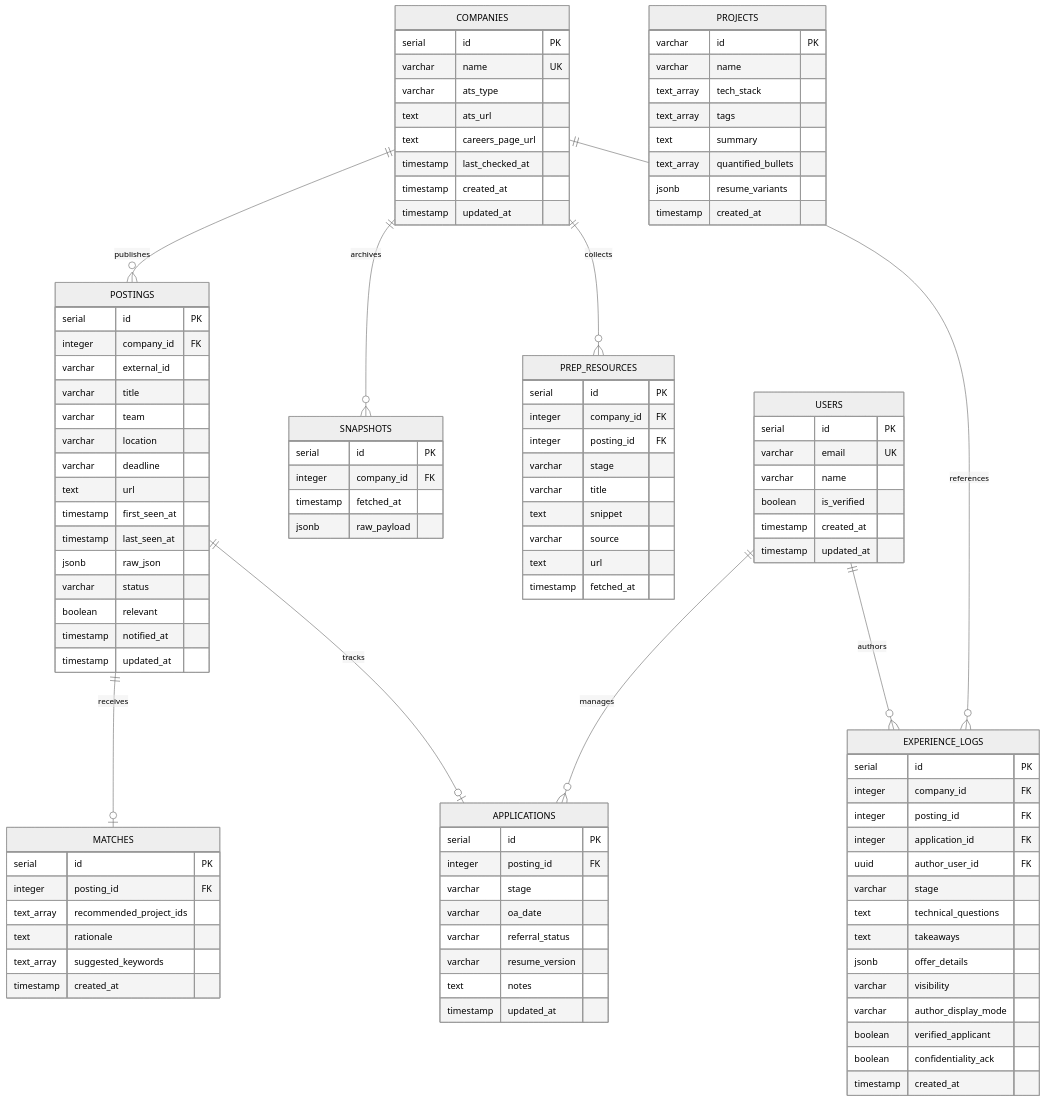
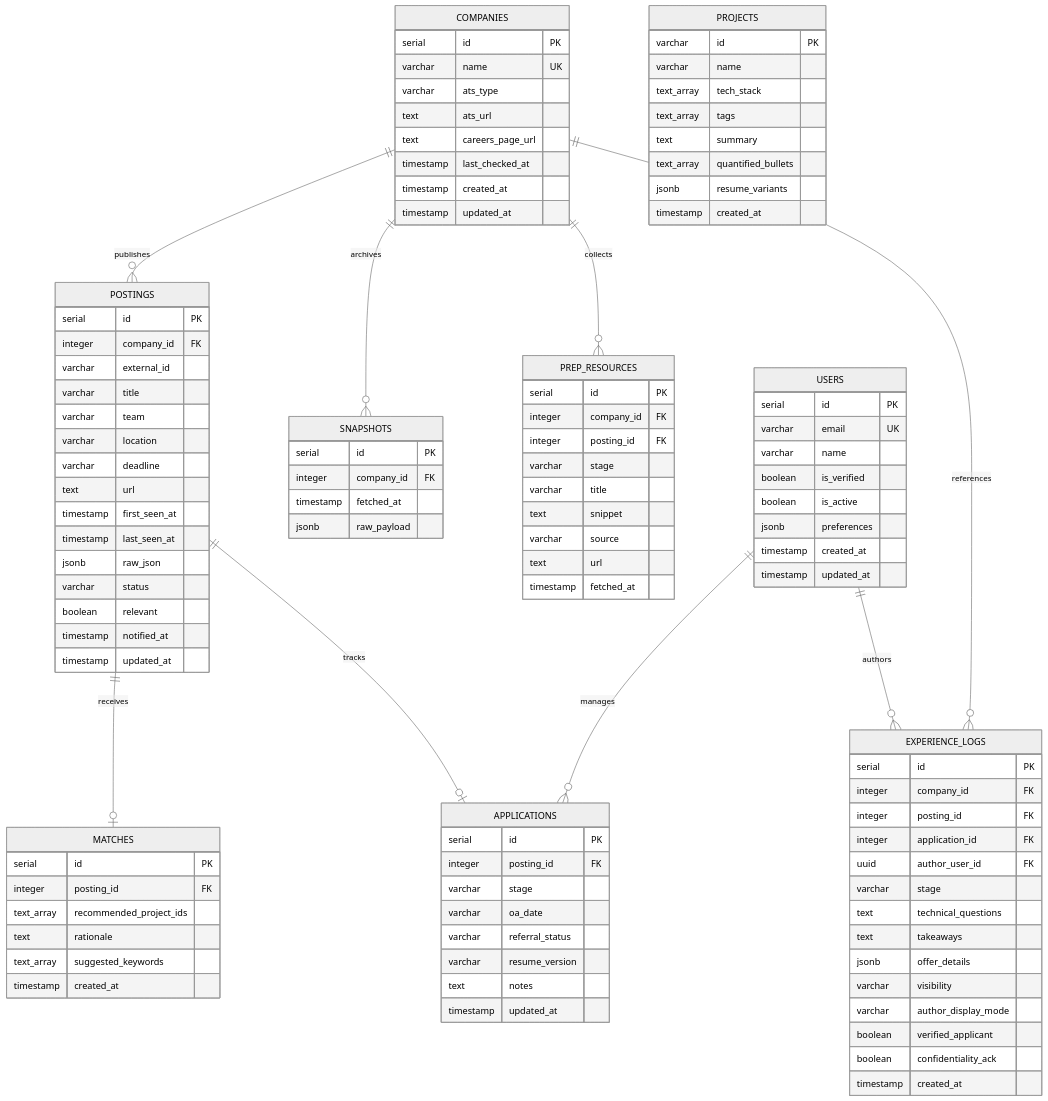
The fourth of 4 diagrams in README.md (jhanvi857/Argus), drawn with Mermaid (neutral theme) before and after one commit. The commit also changed other lines of this file, not shown here.

```diff
--- a/README.md
+++ b/README.md
@@ -321,6 +322,8 @@
         varchar email UK
         varchar name
         boolean is_verified
+        boolean is_active
+        jsonb preferences
         timestamp created_at
         timestamp updated_at
     }
```
